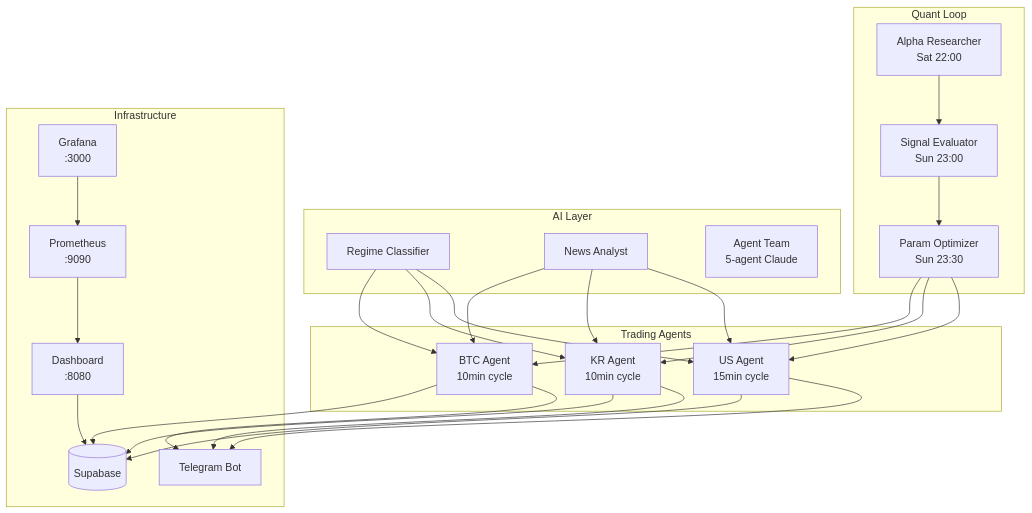
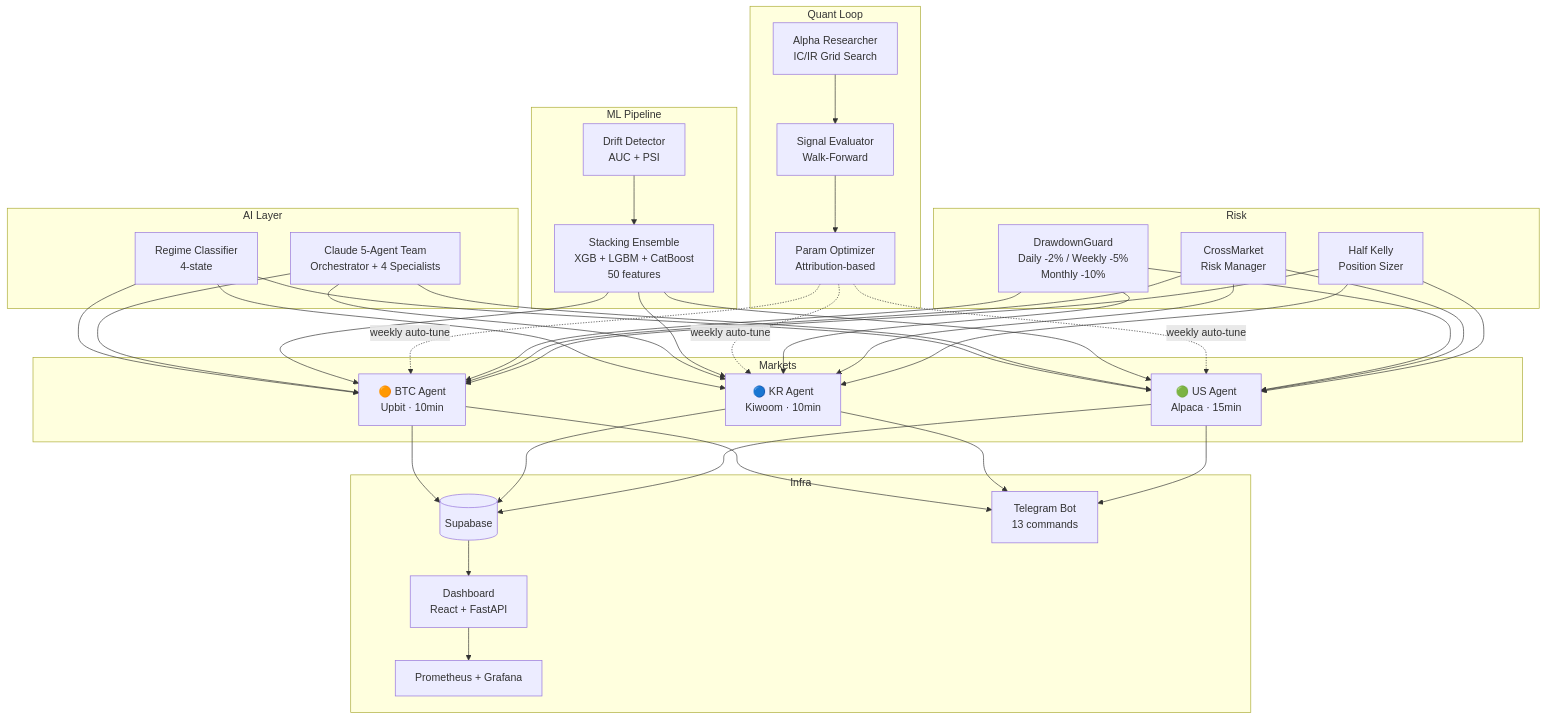
The diagram in README.md (zln02/openclaw-trading), drawn with Mermaid before and after one commit. The commit also changed other lines of this file and 2 other files, not shown here.

````diff
--- a/README.md
+++ b/README.md
@@ -23,33 +65,47 @@
 ```mermaid
 graph TB
-    subgraph Trading Agents
-        BTC[BTC Agent<br/>10min cycle]
-        KR[KR Agent<br/>10min cycle]
-        US[US Agent<br/>15min cycle]
+    subgraph Markets
+        BTC[🟠 BTC Agent<br/>Upbit · 10min]
+        KR[🔵 KR Agent<br/>Kiwoom · 10min]
+        US[🟢 US Agent<br/>Alpaca · 15min]
     end
+
     subgraph AI Layer
-        RC[Regime Classifier]
-        NA[News Analyst]
-        AT[Agent Team<br/>5-agent Claude]
+        RC[Regime Classifier<br/>4-state]
+        AT[Claude 5-Agent Team<br/>Orchestrator + 4 Specialists]
     end
+
+    subgraph ML Pipeline
+        ML[Stacking Ensemble<br/>XGB + LGBM + CatBoost<br/>50 features]
+        DD[Drift Detector<br/>AUC + PSI]
+    end
+
     subgraph Quant Loop
-        AR[Alpha Researcher<br/>Sat 22:00]
-        SE[Signal Evaluator<br/>Sun 23:00]
-        PO[Param Optimizer<br/>Sun 23:30]
+        AR[Alpha Researcher<br/>IC/IR Grid Search]
+        SE[Signal Evaluator<br/>Walk-Forward]
+        PO[Param Optimizer<br/>Attribution-based]
     end
-    subgraph Infrastructure
+
+    subgraph Risk
+        DG[DrawdownGuard<br/>Daily -2% / Weekly -5%<br/>Monthly -10%]
+        CMR[CrossMarket<br/>Risk Manager]
+        KF[Half Kelly<br/>Position Sizer]
+    end
+
+    subgraph Infra
         DB[(Supabase)]
-        TG[Telegram Bot]
-        DASH[Dashboard<br/>:8080]
-        PROM[Prometheus<br/>:9090]
-        GRAF[Grafana<br/>:3000]
+        TG[Telegram Bot<br/>13 commands]
+        DASH[Dashboard<br/>React + FastAPI]
+        PROM[Prometheus + Grafana]
     end
-    BTC & KR & US --> DB
-    RC --> BTC & KR & US
-    NA --> BTC & KR & US
-    AR --> SE --> PO --> BTC & KR & US
+
+    RC & AT --> BTC & KR & US
+    ML --> BTC & KR & US
+    DD --> ML
+    AR --> SE --> PO
+    PO -.->|weekly auto-tune| BTC & KR & US
+    DG & CMR & KF --> BTC & KR & US
+    BTC & KR & US --> DB --> DASH
     BTC & KR & US --> TG
-    DASH --> DB
-    PROM --> DASH
-    GRAF --> PROM
+    DASH --> PROM
 ```
````
